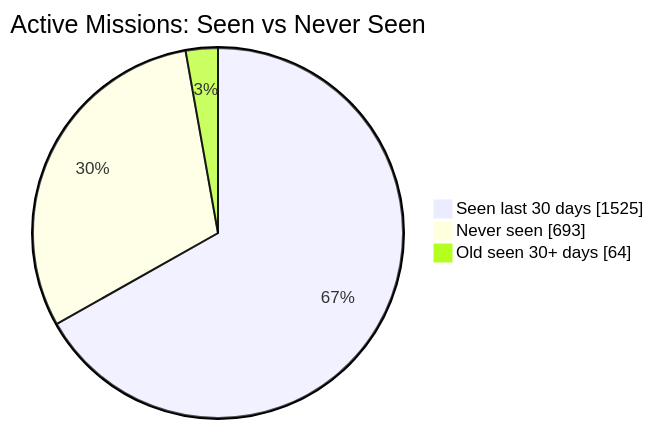
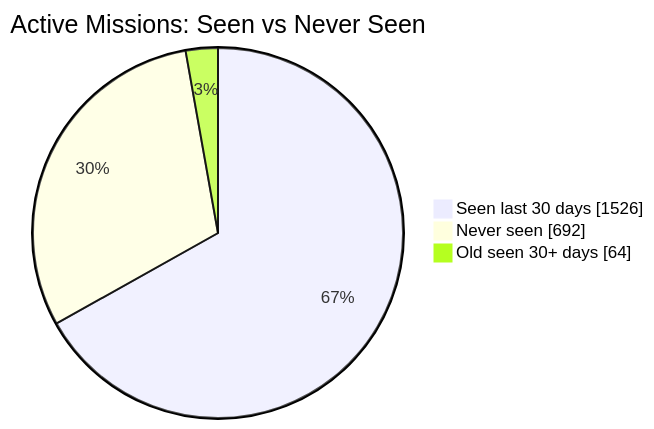
One commit to MeldkamerspelGameTeam/active-missions changed the first of 2 diagrams in README.md. Above: the diagram before and after it, drawn with Mermaid. The commit also changed other lines of this file and 2 other files, not shown here.

````diff
--- a/README.md
+++ b/README.md
@@ -34,7 +34,7 @@
 ```mermaid
 pie showData
     title Active Missions: Seen vs Never Seen
-    "Seen last 30 days" : 1525
-    "Never seen" : 693
+    "Seen last 30 days" : 1526
+    "Never seen" : 692
     "Old seen 30+ days" : 64
 ```
````
